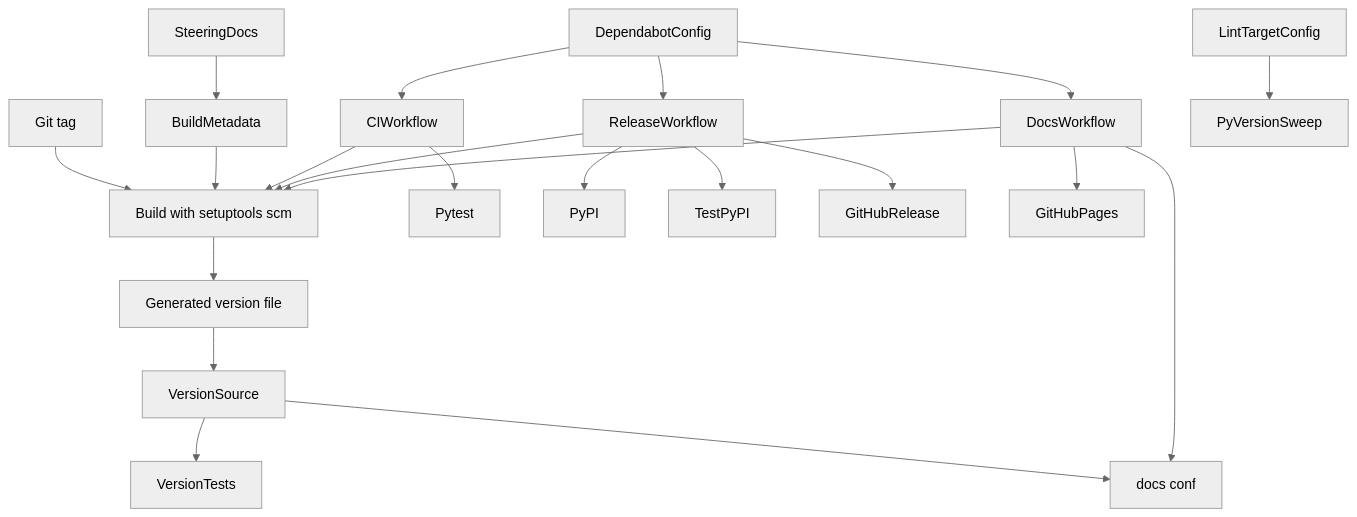
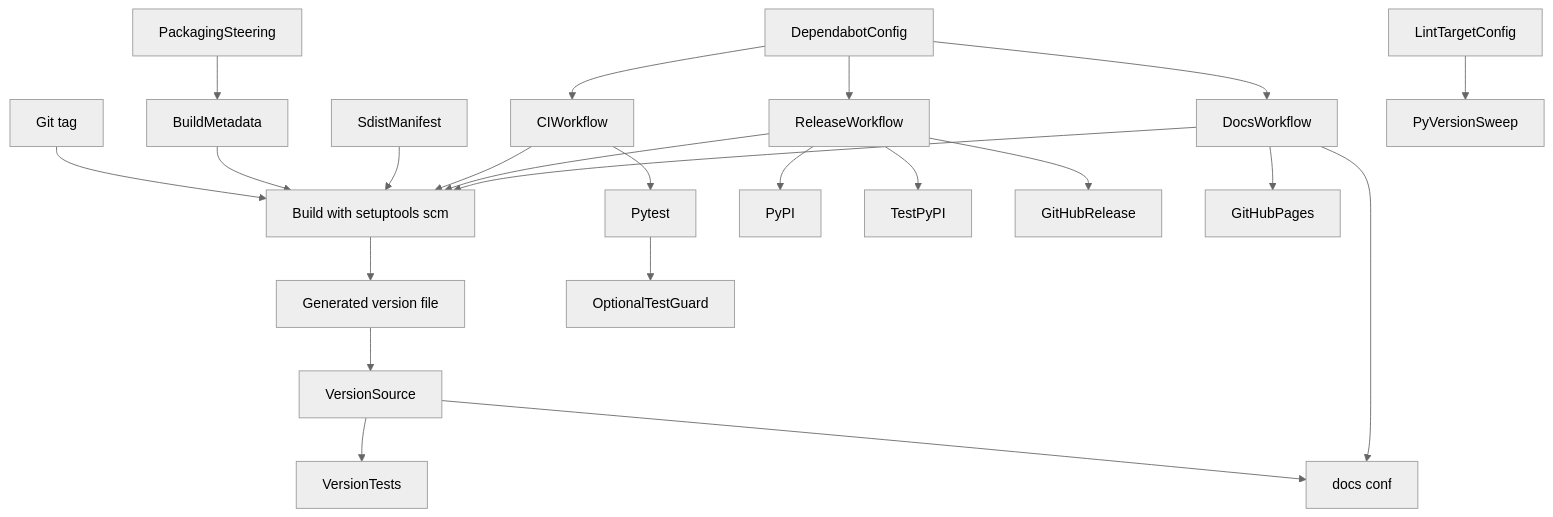
One commit to yu9824/yikit changed the first of 3 diagrams in .kiro/specs/packaging-and-ci/design.md. Above: the diagram before and after it, drawn with Mermaid (neutral theme). The commit also changed other lines of this file and 10 other files, not shown here.

````diff
--- a/.kiro/specs/packaging-and-ci/design.md
+++ b/.kiro/specs/packaging-and-ci/design.md
@@ -66,23 +78,25 @@
 ```mermaid
 graph TB
     GitTag[Git tag] --> ScmBuild[Build with setuptools scm]
     BuildMetadata --> ScmBuild
     ScmBuild --> VersionFile[Generated version file]
     VersionFile --> VersionSource
     VersionSource --> VersionTests
     VersionSource --> DocsConf[docs conf]
+    SdistManifest --> ScmBuild
     CIWorkflow --> ScmBuild
     CIWorkflow --> Pytest
+    Pytest --> OptionalTestGuard
     ReleaseWorkflow --> ScmBuild
     ReleaseWorkflow --> PyPI
     ReleaseWorkflow --> TestPyPI
     ReleaseWorkflow --> GitHubRelease
     DocsWorkflow --> ScmBuild
     DocsWorkflow --> DocsConf
     DocsWorkflow --> GitHubPages
     DependabotConfig --> CIWorkflow
     DependabotConfig --> ReleaseWorkflow
     DependabotConfig --> DocsWorkflow
     LintTargetConfig --> PyVersionSweep
-    SteeringDocs --> BuildMetadata
+    PackagingSteering --> BuildMetadata
 ```
````
